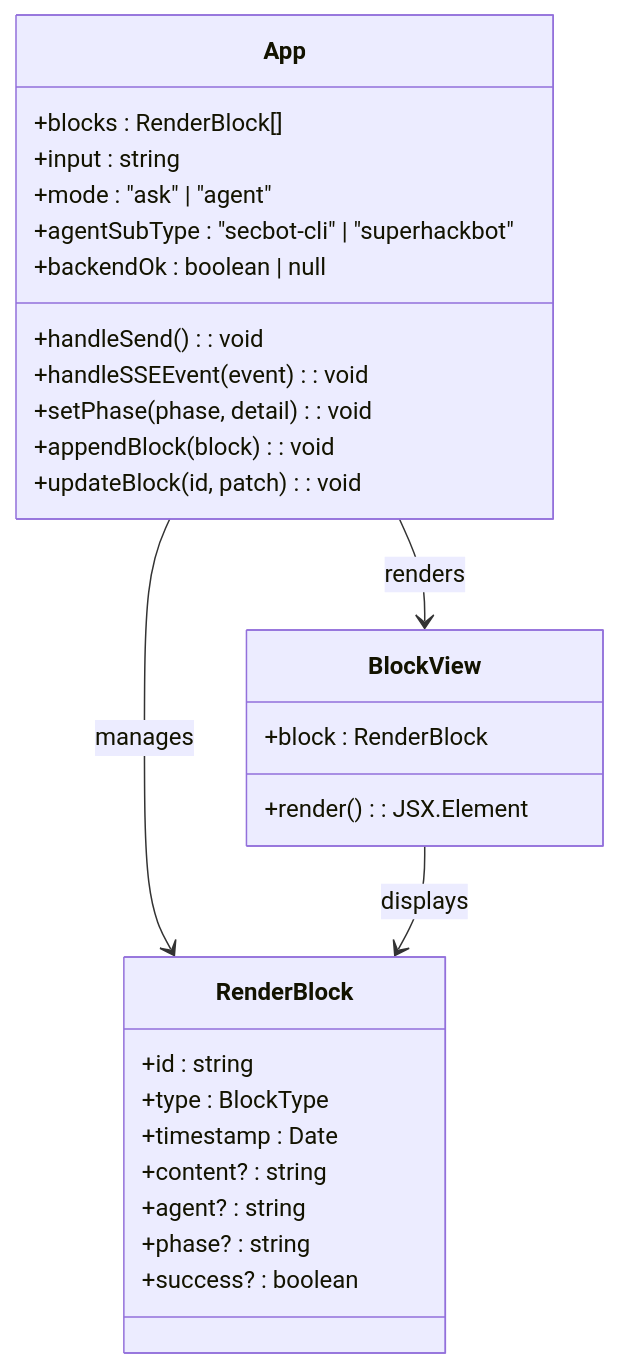
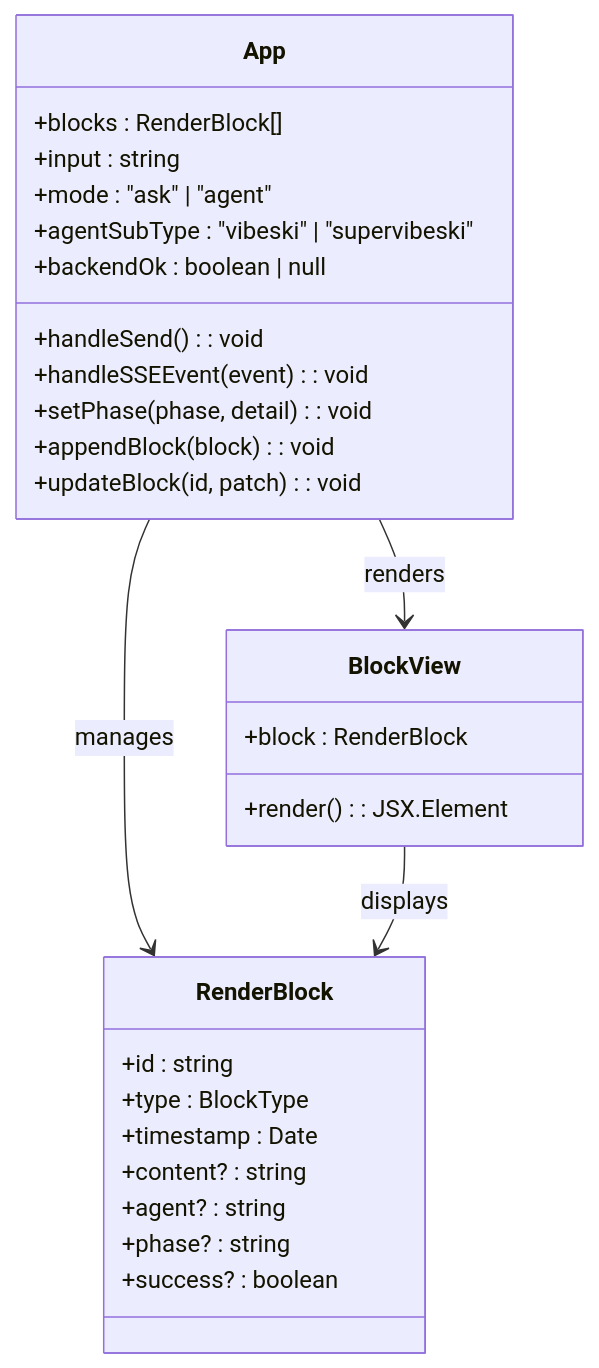
The third of 7 diagrams in .qoder/repowiki/zh/content/用户界面/桌面应用程序.md (crabin/VIBESKI), drawn with Mermaid before and after one commit. The commit also changed other lines of this file and 170 other files, not shown here.

Commit message:
chore: rename all secbot/hackbot identifiers to vibeski

````diff
--- a/.qoder/repowiki/zh/content/用户界面/桌面应用程序.md
+++ b/.qoder/repowiki/zh/content/用户界面/桌面应用程序.md
@@ -162,31 +162,31 @@
 ```mermaid
 classDiagram
 class App {
 +blocks : RenderBlock[]
 +input : string
 +mode : "ask" | "agent"
-+agentSubType : "secbot-cli" | "superhackbot"
++agentSubType : "vibeski" | "supervibeski"
 +backendOk : boolean | null
 +handleSend() : void
 +handleSSEEvent(event) : void
 +setPhase(phase, detail) : void
 +appendBlock(block) : void
 +updateBlock(id, patch) : void
 }
 class RenderBlock {
 +id : string
 +type : BlockType
 +timestamp : Date
 +content? : string
 +agent? : string
 +phase? : string
 +success? : boolean
 }
 class BlockView {
 +block : RenderBlock
 +render() : JSX.Element
 }
 App --> RenderBlock : manages
 App --> BlockView : renders
 BlockView --> RenderBlock : displays
 ```
````
